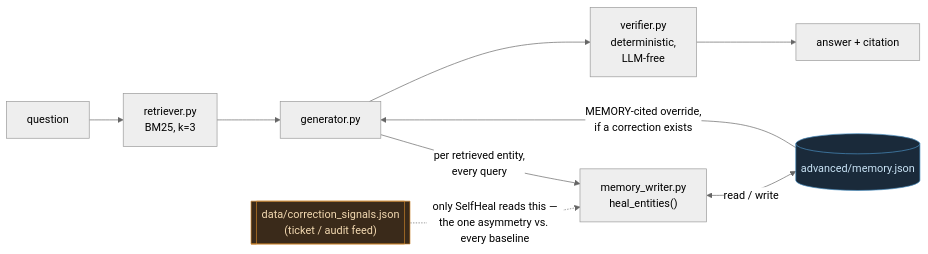
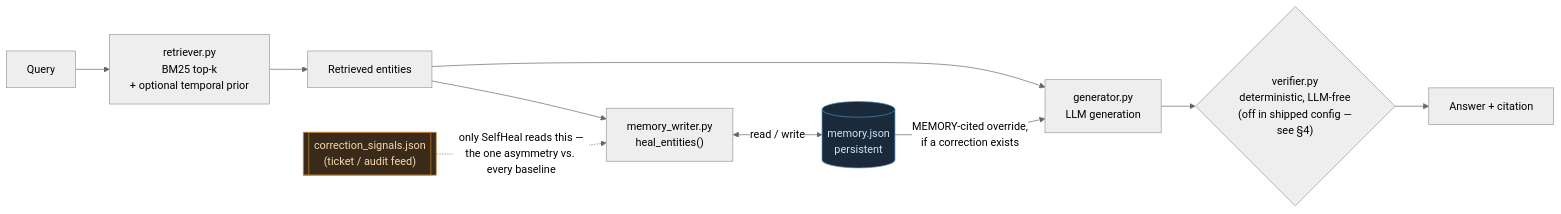
One commit to yonilev2003/SelfHealRag changed the first of 2 diagrams in README.md. Above: the diagram before and after it, drawn with Mermaid (neutral theme). The commit also changed other lines of this file and 1 other file, not shown here.

````diff
--- a/README.md
+++ b/README.md
@@ -152,17 +37,17 @@
 ```mermaid
 flowchart LR
-    Q[question] --> R["retriever.py<br/>BM25, k=3"]
-    R --> G["generator.py"]
-    G --> V["verifier.py<br/>deterministic,<br/>LLM-free"]
-    V --> A[answer + citation]
-
-    S[["data/correction_signals.json<br/>(ticket / audit feed)"]] -.->|"only SelfHeal reads this —<br/>the one asymmetry vs. every baseline"| MW["memory_writer.py<br/>heal_entities()"]
-    MW <-->|"read / write"| M[("advanced/memory.json")]
-    G -->|"per retrieved entity,<br/>every query"| MW
+    Q[Query] --> R["retriever.py<br/>BM25 top-k<br/>+ optional temporal prior"]
+    R --> RE[Retrieved entities]
+    RE --> MW["memory_writer.py<br/>heal_entities()"]
+    CS[["correction_signals.json<br/>(ticket / audit feed)"]] -.->|"only SelfHeal reads this —<br/>the one asymmetry vs. every baseline"| MW
+    MW <-->|"read / write"| M[("memory.json<br/>persistent")]
+    RE --> G["generator.py<br/>LLM generation"]
     M -->|"MEMORY-cited override,<br/>if a correction exists"| G
+    G --> V{"verifier.py<br/>deterministic, LLM-free<br/>(off in shipped config —<br/>see §4)"}
+    V --> A[Answer + citation]
 
     classDef oracle fill:#3a2a1a,stroke:#c9822a,color:#f3d9b1;
     classDef store fill:#1a2a3a,stroke:#4a90c2,color:#c9e3f5;
-    class S oracle
+    class CS oracle
     class M store
 ```
````
